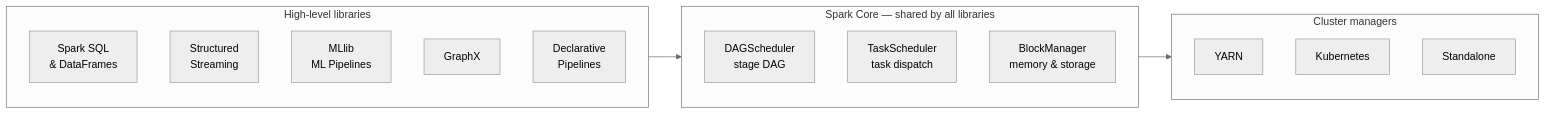
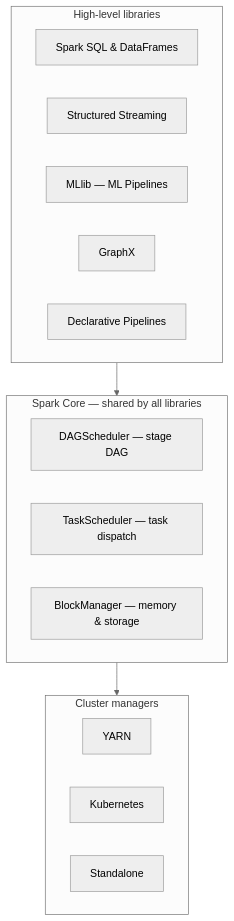
The third of 4 diagrams in docs/spark-book/ch01-introduction-to-spark.md (arindamchoudhury/spark-gyan), drawn with Mermaid (neutral theme) before and after one commit. The commit also changed other lines of this file and 1 other file, not shown here.

Commit message:
fix: ch01 polish — accuracy, clarity, and diagram improvements
- Rename section "Why this matters for the DataFrame API" → "From RDDs
  to the DataFrame API"
- Trim DataFrame API section to essentials; remove internal details
  (WholeStageCodegenExec, InMemoryRelation, relational algebra) that
  belong in later chapters
- Fix "every library operates on RDDs" — outdated for Spark 4.x; rewrite
  to "all libraries share the same in-memory representation (DataFrame /
  RDD[InternalRow])" and drop the inaccurate "fusion" claim
- Fix executor description: "hold partition data" → "compute partition
  data when tasks run, retain only if explicitly cached"
- Switch Mermaid diagram from LR to TD so subgraphs stack vertically
  and render at readable size
- Add ❓ note to ch06 to cover DataFrame relational algebra foundation

````diff
--- a/docs/spark-book/ch01-introduction-to-spark.md
+++ b/docs/spark-book/ch01-introduction-to-spark.md
@@ -216,24 +214,27 @@
 ```mermaid
-flowchart LR
+flowchart TD
     subgraph libs["High-level libraries"]
-        SQL["Spark SQL\n& DataFrames"]
-        STREAM["Structured\nStreaming"]
-        ML["MLlib\nML Pipelines"]
+        direction LR
+        SQL["Spark SQL & DataFrames"]
+        STREAM["Structured Streaming"]
+        ML["MLlib — ML Pipelines"]
         GRAPH["GraphX"]
-        DP["Declarative\nPipelines"]
+        DP["Declarative Pipelines"]
     end
 
-    subgraph core["Spark Core  —  shared by all libraries"]
-        DAG["DAGScheduler\nstage DAG"]
-        TASK["TaskScheduler\ntask dispatch"]
-        BLOCK["BlockManager\nmemory & storage"]
+    subgraph core["Spark Core — shared by all libraries"]
+        direction LR
+        DAG["DAGScheduler — stage DAG"]
+        TASK["TaskScheduler — task dispatch"]
+        BLOCK["BlockManager — memory & storage"]
     end
 
     subgraph cm["Cluster managers"]
+        direction LR
         YARN["YARN"]
         K8S["Kubernetes"]
         SA["Standalone"]
     end
 
     libs --> core --> cm
 ```
````
